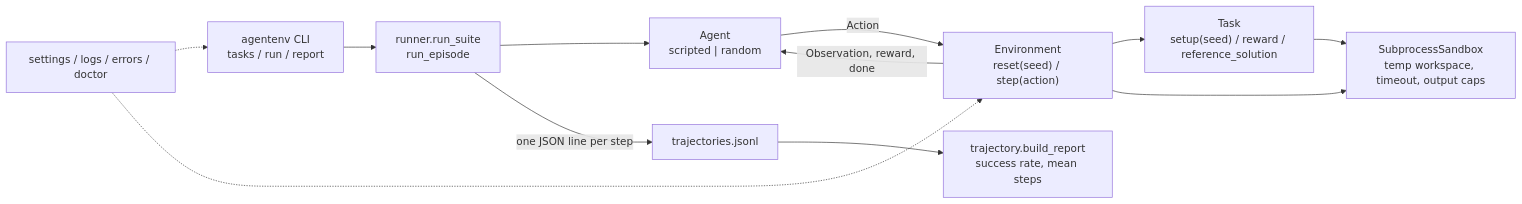
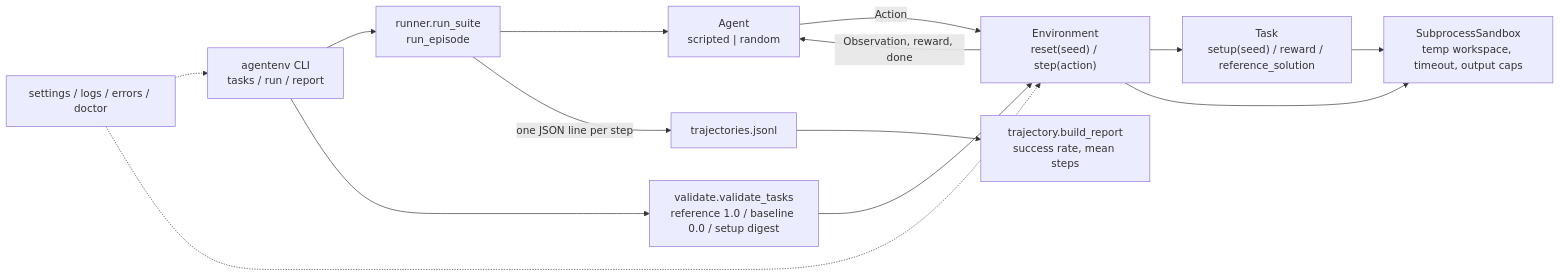
The diagram in README.md (vipul21435/agentenv), drawn with Mermaid before and after one commit. The commit also changed other lines of this file and 1 other file, not shown here.

First line of the commit message:
docs: ten-task suite, validate-tasks reference, demo output and re-measured benchmarks

````diff
--- a/README.md
+++ b/README.md
@@ -42,14 +51,16 @@
 ```mermaid
 flowchart LR
     CLI["agentenv CLI<br/>tasks / run / report"] --> Runner["runner.run_suite<br/>run_episode"]
     Runner --> Agent["Agent<br/>scripted | random"]
     Agent -- "Action" --> Env["Environment<br/>reset(seed) / step(action)"]
     Env -- "Observation, reward, done" --> Agent
     Env --> Task["Task<br/>setup(seed) / reward / reference_solution"]
+    Validate["validate.validate_tasks<br/>reference 1.0 / baseline 0.0 / setup digest"] --> Env
+    CLI --> Validate
     Env --> Sandbox["SubprocessSandbox<br/>temp workspace, timeout, output caps"]
     Task --> Sandbox
     Runner -- "one JSON line per step" --> JSONL["trajectories.jsonl"]
     JSONL --> Report["trajectory.build_report<br/>success rate, mean steps"]
     Settings["settings / logs / errors / doctor"] -.-> CLI
     Settings -.-> Env
 ```
````
